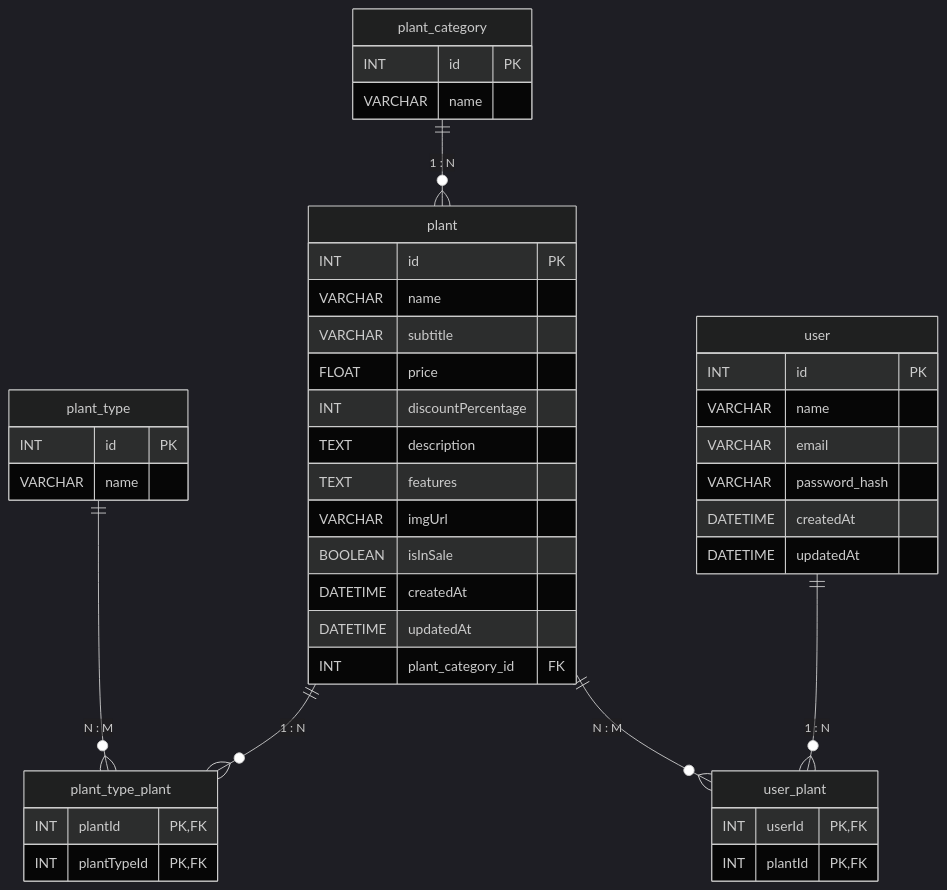
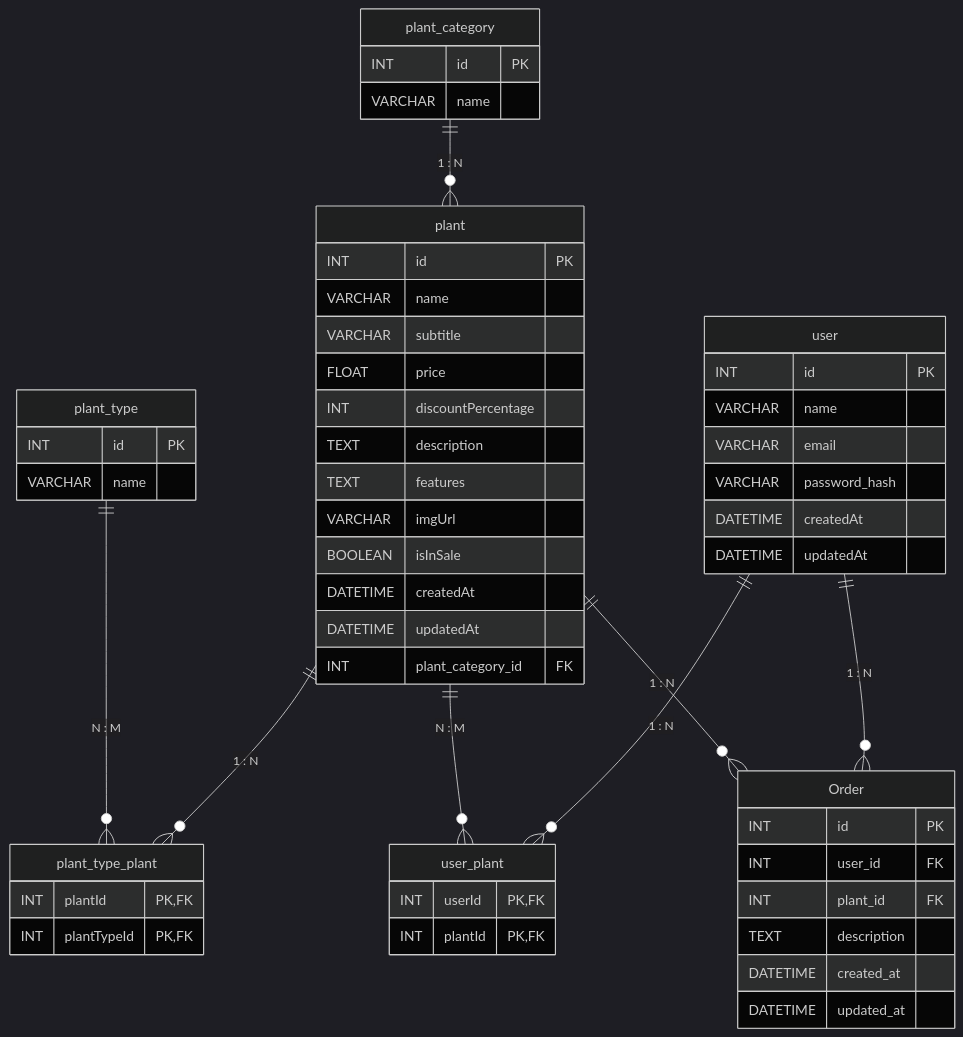
One commit to LuanaMonteiro0/plant-store changed the diagram in diagrams/entity_relationship.mmd. Above: the diagram before and after it, drawn with Mermaid (dark theme). The commit also changed 9 other files, not shown here.

Commit message:
feat: diagramas

```diff
--- a/diagrams/entity_relationship.mmd
+++ b/diagrams/entity_relationship.mmd
@@ -1,51 +1,62 @@
 erDiagram
 
   plant_category ||--o{ plant : "1 : N"
   plant ||--o{ plant_type_plant : "1 : N"
   plant_type ||--o{ plant_type_plant : "N : M"
   user ||--o{ user_plant : "1 : N"
   plant ||--o{ user_plant : "N : M"
+  user ||--o{ Order : "1 : N"
+  plant ||--o{ Order : "1 : N"
 
   plant_category {
     INT id PK
     VARCHAR name
   }
 
   plant_type {
     INT id PK
     VARCHAR name
   }
 
   plant {
     INT id PK
     VARCHAR name
     VARCHAR subtitle
     FLOAT price
     INT discountPercentage
     TEXT description
     TEXT features
     VARCHAR imgUrl
     BOOLEAN isInSale
     DATETIME createdAt
     DATETIME updatedAt
     INT plant_category_id FK
   }
 
   plant_type_plant {
     INT plantId PK, FK
     INT plantTypeId PK, FK
   }
 
   user {
     INT id PK
     VARCHAR name
     VARCHAR email
     VARCHAR password_hash
     DATETIME createdAt
     DATETIME updatedAt
   }
 
   user_plant {
     INT userId PK, FK
     INT plantId PK, FK
   }
+
+  Order {
+    INT id PK
+    INT user_id FK
+    INT plant_id FK
+    TEXT description
+    DATETIME created_at
+    DATETIME updated_at
+  }
```
